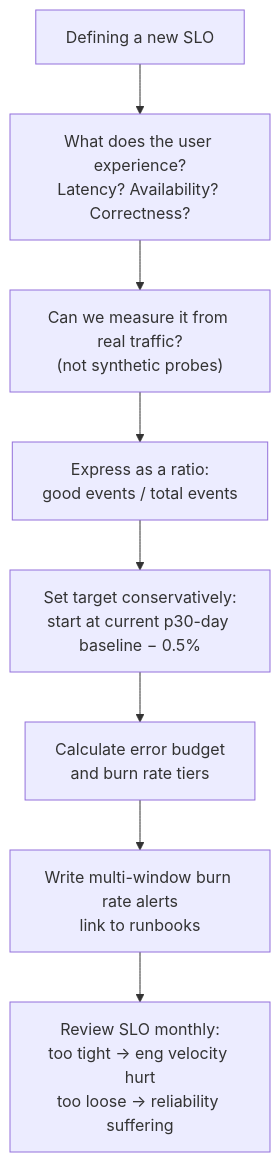
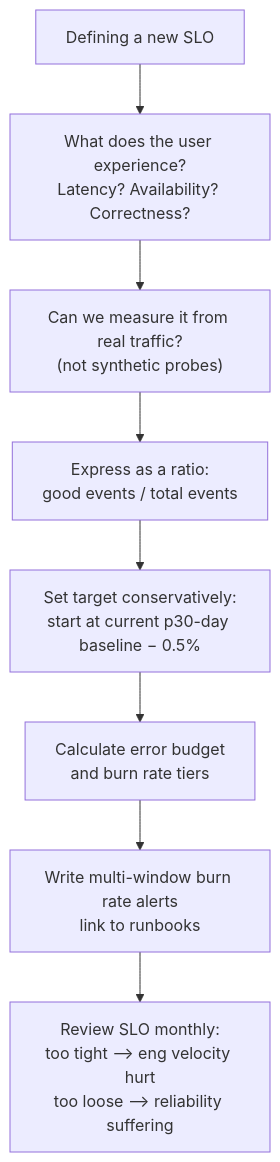
One commit to deepanshu-rawat6/tour-of-go changed the diagram in devops/monitoring/slo-sli.md. Above: the diagram before and after it, drawn with Mermaid. The commit also changed 25 other files, not shown here.

````diff
--- a/devops/monitoring/slo-sli.md
+++ b/devops/monitoring/slo-sli.md
@@ -224,11 +224,11 @@
 ```mermaid
 flowchart TD
     NEW["Defining a new SLO"] --> USER
     USER["What does the user experience?<br/>Latency? Availability? Correctness?"] --> MEASURE
     MEASURE["Can we measure it from real traffic?<br/>(not synthetic probes)"] --> RATIO
     RATIO["Express as a ratio:<br/>good events / total events"] --> TARGET
     TARGET["Set target conservatively:<br/>start at current p30-day baseline − 0.5%"] --> BUDGET
     BUDGET["Calculate error budget<br/>and burn rate tiers"] --> ALERT
     ALERT["Write multi-window burn rate alerts<br/>link to runbooks"] --> REVIEW
-    REVIEW["Review SLO monthly:<br/>too tight → eng velocity hurt<br/>too loose → reliability suffering"]
+    REVIEW["Review SLO monthly:<br/>too tight --> eng velocity hurt<br/>too loose --> reliability suffering"]
 ```
````
